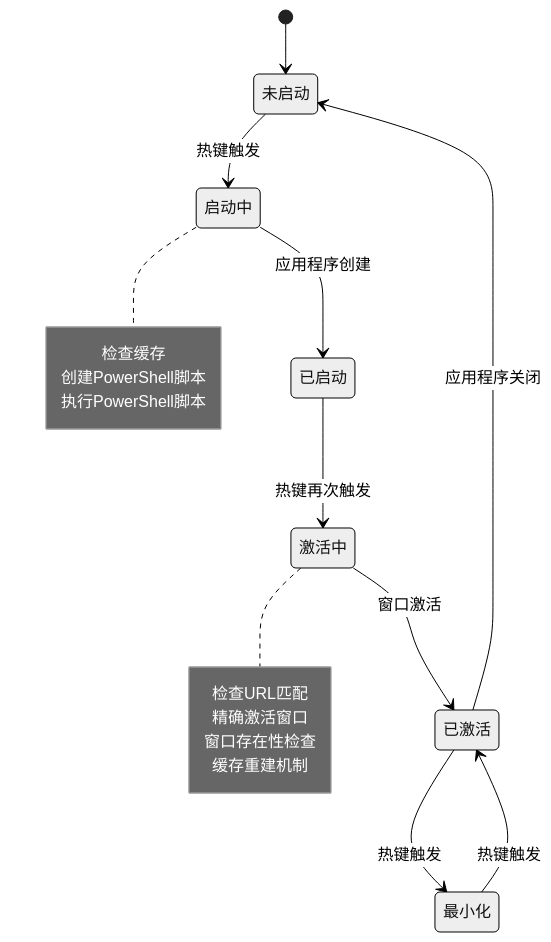
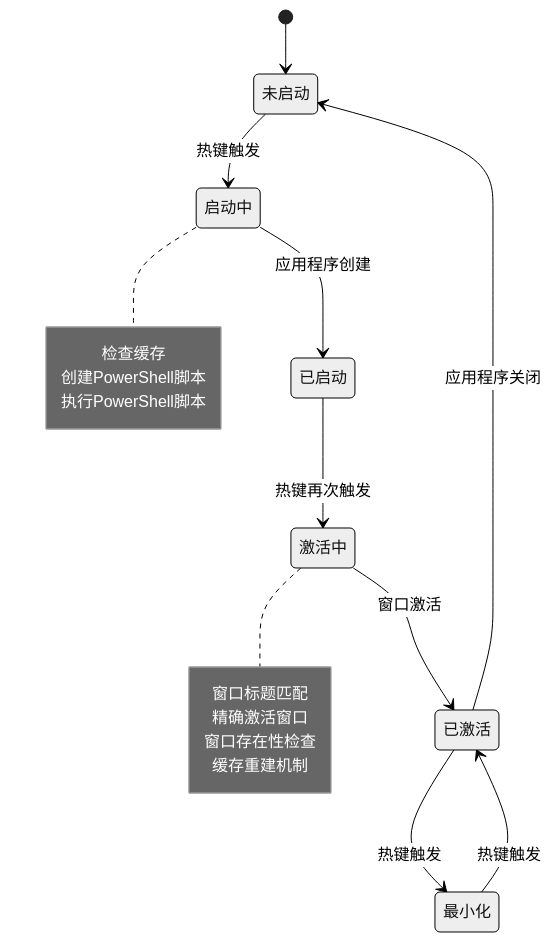
Before and after one commit to wangys-123doit/hotkey: the third of 20 diagrams in .qoder/repowiki/zh/content/核心功能/浏览器应用管理.md, drawn with Mermaid (neutral theme). The commit also changed other lines of this file and 9 other files, not shown here.

````diff
--- a/.qoder/repowiki/zh/content/核心功能/浏览器应用管理.md
+++ b/.qoder/repowiki/zh/content/核心功能/浏览器应用管理.md
@@ -172,13 +169,13 @@
 ```mermaid
 stateDiagram-v2
 [*] --> 未启动
 未启动 --> 启动中 : 热键触发
 启动中 --> 已启动 : 应用程序创建
 已启动 --> 激活中 : 热键再次触发
 激活中 --> 已激活 : 窗口激活
 已激活 --> 最小化 : 热键触发
 最小化 --> 已激活 : 热键触发
 已激活 --> 未启动 : 应用程序关闭
 note right of 启动中 : 检查缓存<br/>创建PowerShell脚本<br/>执行PowerShell脚本
-note right of 激活中 : 检查URL匹配<br/>精确激活窗口<br/>窗口存在性检查<br/>缓存重建机制
+note right of 激活中 : 窗口标题匹配<br/>精确激活窗口<br/>窗口存在性检查<br/>缓存重建机制
 ```
````
